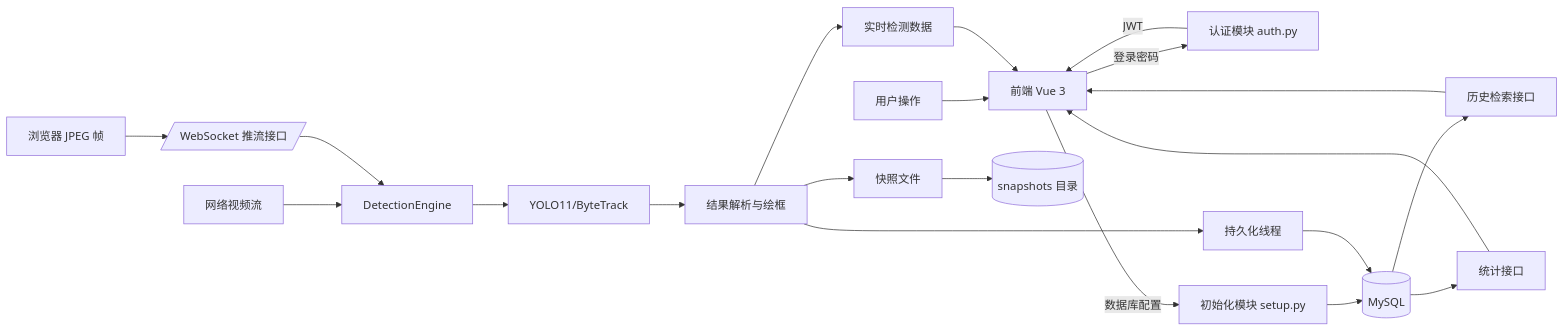
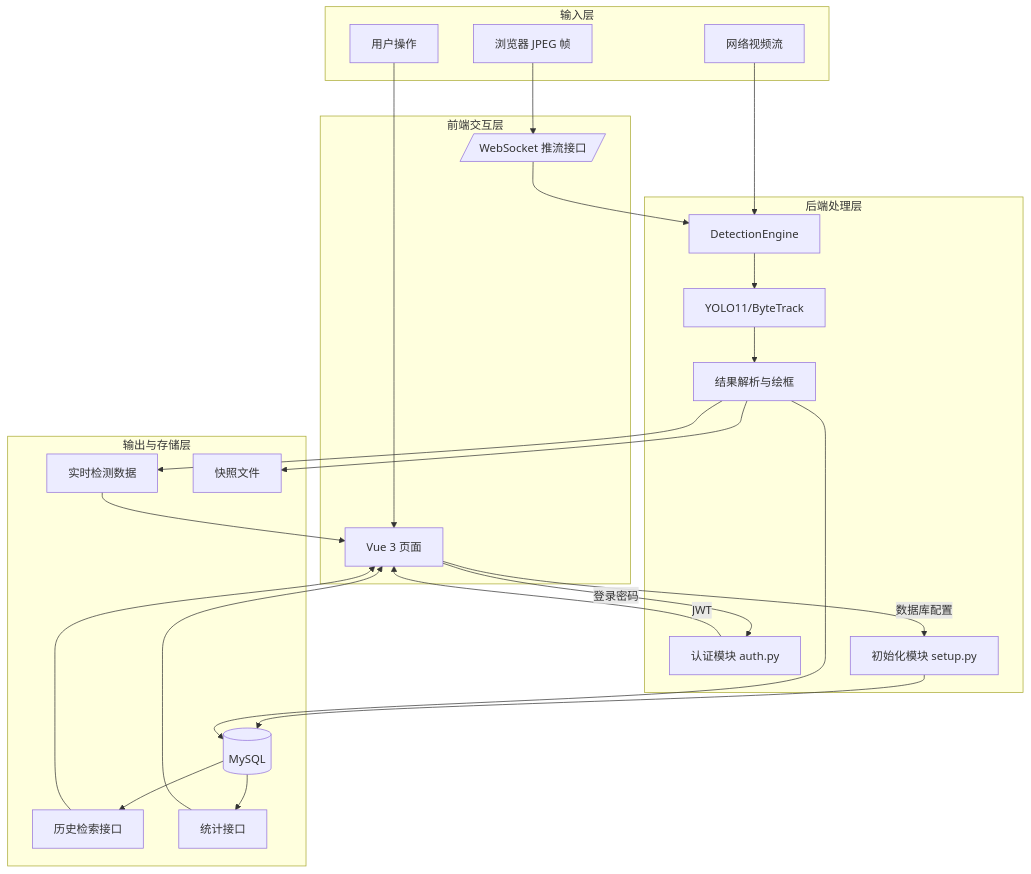
One commit to xez014/yolo-smarthome changed the fourth of 17 diagrams in docs/毕业论文初稿.md. Above: the diagram before and after it, drawn with Mermaid. The commit also changed other lines of this file and 1 other file, not shown here.

Commit message:
Sync thesis draft with YOLO11s training config

````diff
--- a/docs/毕业论文初稿.md
+++ b/docs/毕业论文初稿.md
@@ -186,24 +187,43 @@
 ```mermaid
-flowchart LR
-    U[用户操作] --> A[前端 Vue 3]
-    A -- 登录密码 --> Auth[认证模块 auth.py]
+flowchart TB
+    subgraph Input[输入层]
+        U[用户操作]
+        Cam1[网络视频流]
+        Cam2[浏览器 JPEG 帧]
+    end
+
+    subgraph Front[前端交互层]
+        A[Vue 3 页面]
+        WS[/WebSocket 推流接口/]
+    end
+
+    subgraph Service[后端处理层]
+        Auth[认证模块 auth.py]
+        Setup[初始化模块 setup.py]
+        Engine[DetectionEngine]
+        Model[YOLO11/ByteTrack]
+        Parse[结果解析与绘框]
+    end
+
+    subgraph Output[输出与存储层]
+        Live[实时检测数据]
+        Snapshot[快照文件]
+        DB[(MySQL)]
+        Search[历史检索接口]
+        Stat[统计接口]
+    end
+
+    U --> A
+    A -- 登录密码 --> Auth
     Auth -- JWT --> A
-    A -- 数据库配置 --> Setup[初始化模块 setup.py]
-    Setup --> DB[(MySQL)]
-
-    Cam1[网络视频流] --> Engine[DetectionEngine]
-    Cam2[浏览器 JPEG 帧] --> WS[/WebSocket 推流接口/]
-    WS --> Engine
-    Engine --> Model[YOLO11/ByteTrack]
-    Model --> Parse[结果解析与绘框]
-    Parse --> Live[实时检测数据]
-    Parse --> Snapshot[快照文件]
-    Parse --> Persist[持久化线程]
-    Persist --> DB
-    Snapshot --> Disk[(snapshots 目录)]
-    DB --> Search[历史检索接口]
-    DB --> Stat[统计接口]
-    Search --> A
-    Stat --> A
-    Live --> A
+    A -- 数据库配置 --> Setup
+    Setup --> DB
+    Cam1 --> Engine
+    Cam2 --> WS --> Engine
+    Engine --> Model --> Parse
+    Parse --> Live --> A
+    Parse --> Snapshot
+    Parse --> DB
+    DB --> Search --> A
+    DB --> Stat --> A
 ```
````
